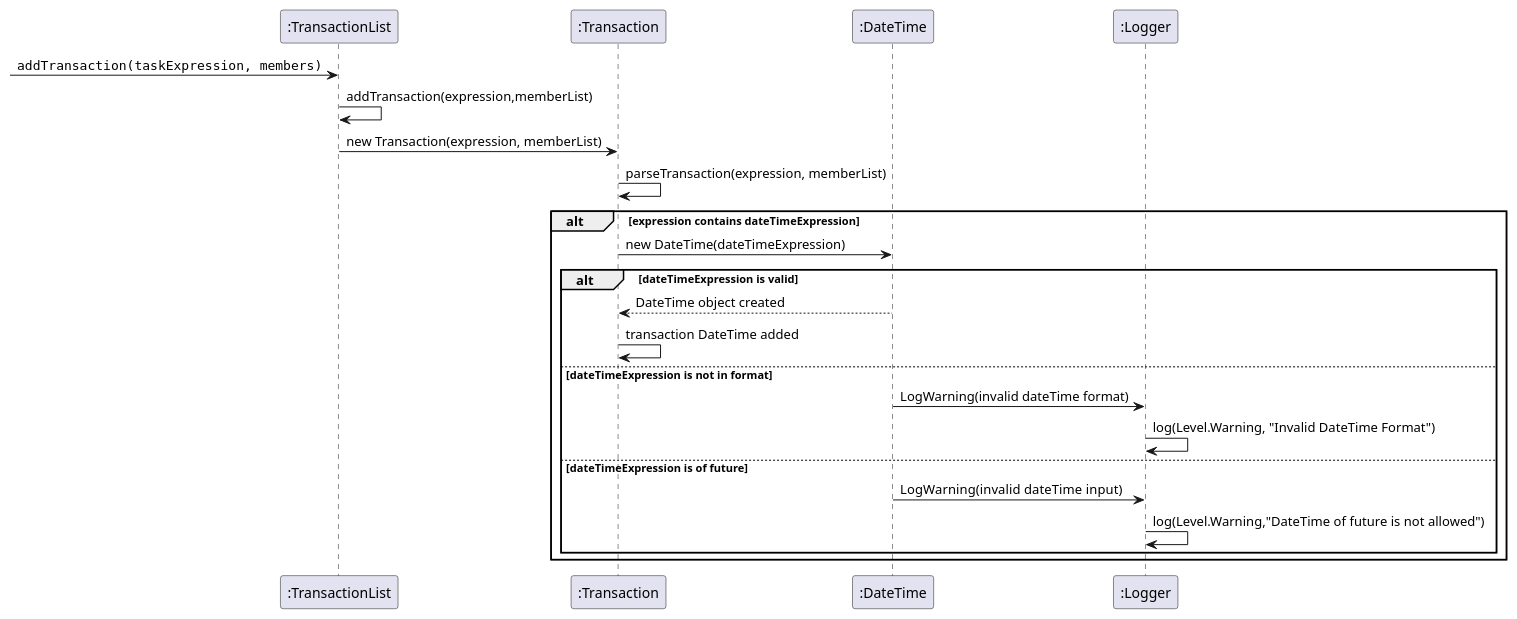
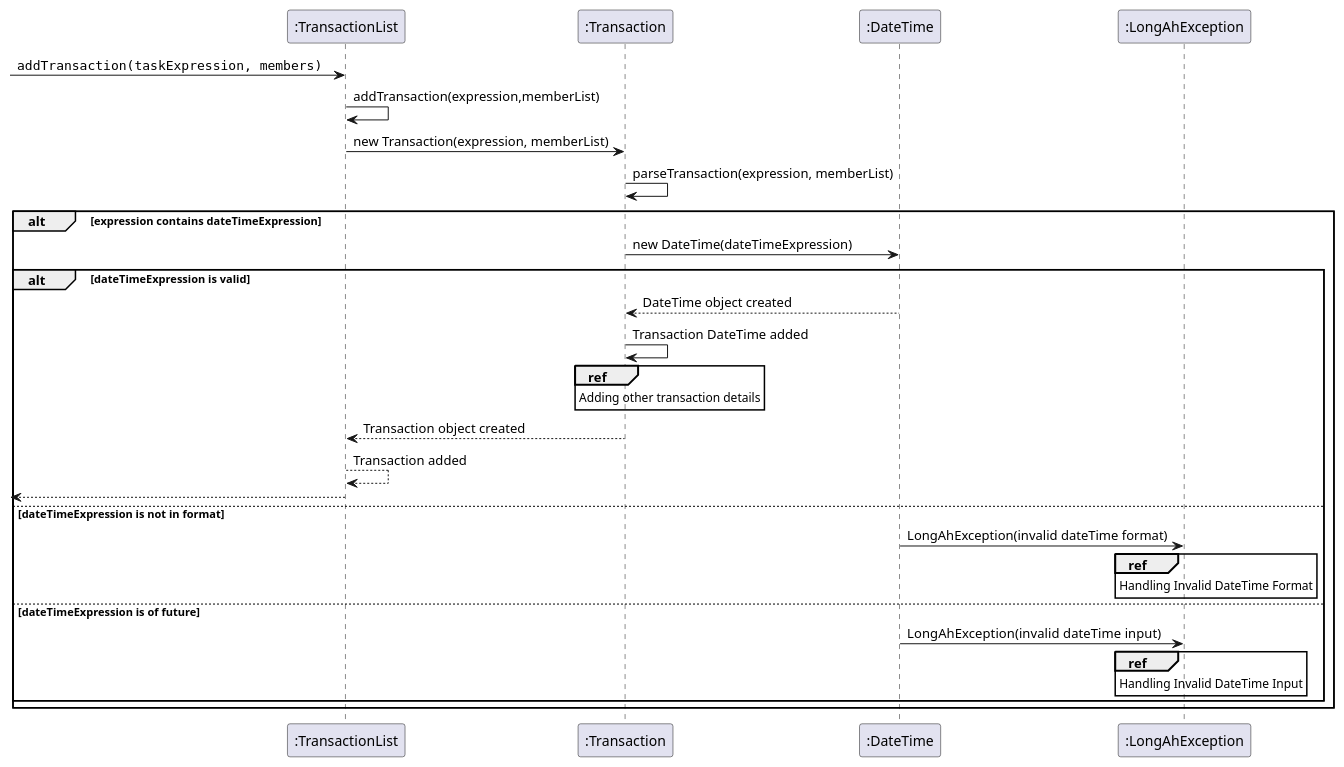
Before and after one commit to AY2324S2-CS2113-T15-1/tp: the diagram in docs/diagrams/addDateTimeforDatedTransaction.puml, drawn with PlantUML. The commit also changed 6 other files, not shown here.

Commit message:
UML formatting updates for DateTime.

```diff
--- a/docs/diagrams/addDateTimeforDatedTransaction.puml
+++ b/docs/diagrams/addDateTimeforDatedTransaction.puml
@@ -1,23 +1,27 @@
 @startuml
 participant ":TransactionList" as Foo1
 participant ":Transaction" as Foo2
 participant ":DateTime" as Foo3
-participant ":Logger" as Foo4
+participant ":LongAhException" as Foo4
 [->      Foo1 : ""addTransaction(taskExpression, members)""
 Foo1 -> Foo1:addTransaction(expression,memberList)
 Foo1 -> Foo2: new Transaction(expression, memberList)
 Foo2 -> Foo2:parseTransaction(expression, memberList)
 alt expression contains dateTimeExpression
     Foo2 -> Foo3:new DateTime(dateTimeExpression)
     alt dateTimeExpression is valid
         Foo3 --> Foo2: DateTime object created
-        Foo2 -> Foo2: transaction DateTime added
+        Foo2 -> Foo2: Transaction DateTime added
+        ref over Foo2: Adding other transaction details
+        Foo2 --> Foo1: Transaction object created
+        Foo1 --> Foo1: Transaction added
+        Foo1 -->[      :
     else dateTimeExpression is not in format
-        Foo3 -> Foo4:LogWarning(invalid dateTime format)
-        Foo4 -> Foo4: log(Level.Warning, "Invalid DateTime Format")
+        Foo3 -> Foo4:LongAhException(invalid dateTime format)
+        ref over Foo4: Handling Invalid DateTime Format
    else dateTimeExpression is of future
-        Foo3 -> Foo4: LogWarning(invalid  dateTime input)
-        Foo4 -> Foo4: log(Level.Warning,"DateTime of future is not allowed")
+        Foo3 -> Foo4: LongAhException(invalid  dateTime input)
+        ref over Foo4: Handling Invalid DateTime Input
    end
 end
 @enduml
```
